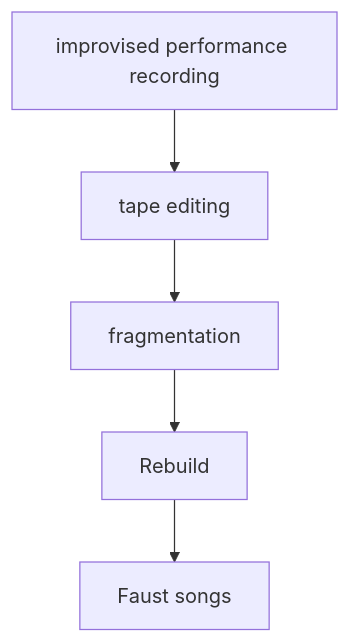
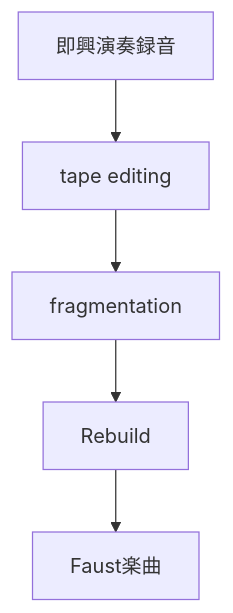
One commit to monumental-movement/monumental-movement.github.io changed the second of 6 diagrams in en/_posts/2026-05-24-column-faust.md. Above: the diagram before and after it, drawn with Mermaid. The commit also changed other lines of this file and 445 other files, not shown here.

```diff
--- a/en/_posts/2026-05-24-column-faust.md
+++ b/en/_posts/2026-05-24-column-faust.md
@@ -123,7 +123,7 @@
 <div class="mermaid">
 flowchart TD
-A[improvised performance recording] --> B[tape editing]
+A[即興演奏録音] --> B[tape editing]
 B --> C[fragmentation]
 C --> D[Rebuild]
-D --> E[Faust songs]
+D --> E[Faust楽曲]
 </div>
```
